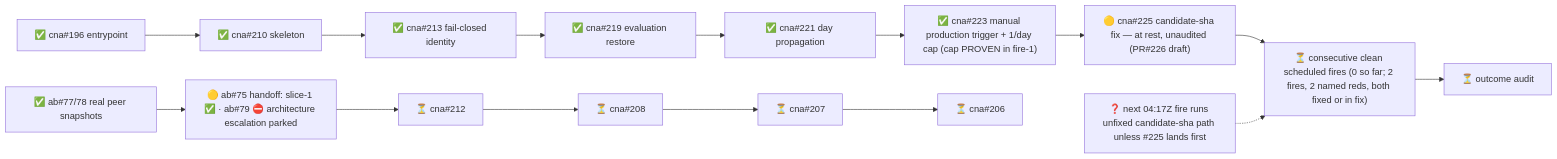
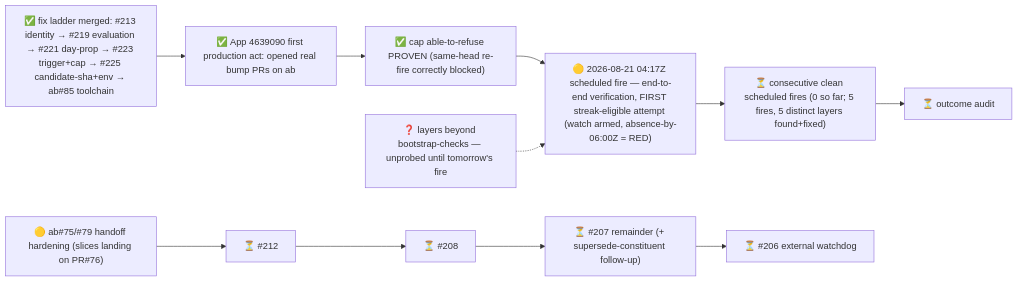
Before and after one commit to cardano-foundation/cardano-node-antithesis: the diagram in .milestones/2/state.md, drawn with Mermaid. The commit also changed other lines of this file and 2 other files, not shown here.

Commit message:
milestones: 2 2026-08-20T13:07:29Z

````diff
--- a/.milestones/2/state.md
+++ b/.milestones/2/state.md
@@ -6,10 +6,9 @@
 ```mermaid
 flowchart LR
-    e196["✅ cna#196 entrypoint"] --> e210["✅ cna#210 skeleton"] --> e213["✅ cna#213 fail-closed identity"] --> e219["✅ cna#219 evaluation restore"]
-    e219 --> e221["✅ cna#221 day propagation"] --> e223["✅ cna#223 manual production trigger + 1/day cap (cap PROVEN in fire-1)"]
-    e223 --> e225["🟡 cna#225 candidate-sha fix — at rest, unaudited (PR#226 draft)"]
-    p78["✅ ab#77/78 real peer snapshots"] --> t75
-    t75["🟡 ab#75 handoff: slice-1 ✅ · ab#79 ⛔ architecture escalation parked"] --> e212["⏳ cna#212"] --> e208["⏳ cna#208"] --> e207["⏳ cna#207"] --> e206["⏳ cna#206"]
-    e225 --> fires["⏳ consecutive clean scheduled fires (0 so far; 2 fires, 2 named reds, both fixed or in fix)"] --> audit["⏳ outcome audit"]
-    unknown["❓ next 04:17Z fire runs unfixed candidate-sha path unless #225 lands first"] -.-> fires
+    fixes["✅ fix ladder merged: #213 identity → #219 evaluation → #221 day-prop → #223 trigger+cap → #225 candidate-sha+env → ab#85 toolchain"] --> app["✅ App 4639090 first production act: opened real bump PRs on ab"]
+    app --> cap["✅ cap able-to-refuse PROVEN (same-head re-fire correctly blocked)"]
+    cap --> fire3["🟡 2026-08-21 04:17Z scheduled fire — end-to-end verification, FIRST streak-eligible attempt (watch armed, absence-by-06:00Z = RED)"]
+    fire3 --> streak["⏳ consecutive clean scheduled fires (0 so far; 5 fires, 5 distinct layers found+fixed)"] --> audit["⏳ outcome audit"]
+    t75["🟡 ab#75/#79 handoff hardening (slices landing on PR#76)"] --> e212["⏳ #212"] --> e208["⏳ #208"] --> e207["⏳ #207 remainder (+ supersede-constituent follow-up)"] --> e206["⏳ #206 external watchdog"]
+    unknown["❓ layers beyond bootstrap-checks — unprobed until tomorrow's fire"] -.-> fire3
 ```
````
